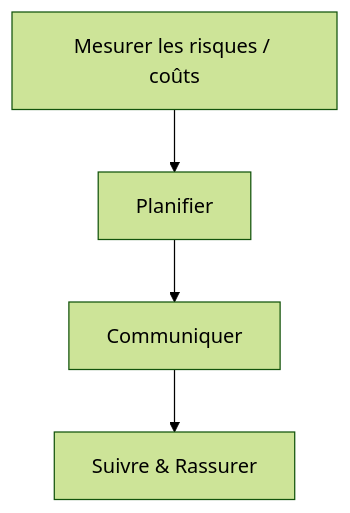
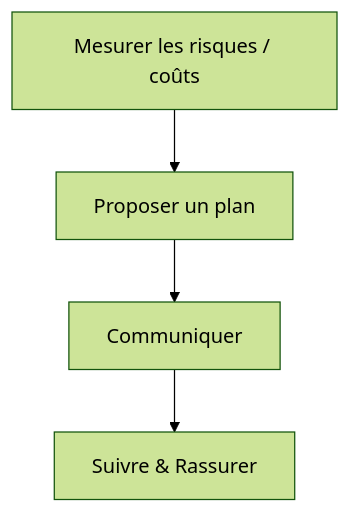
Before and after one commit to ValentinDumas/talks: the first of 5 diagrams in 2025-06-19/slides.md, drawn with Mermaid (forest theme). The commit also changed other lines of this file and 16 other files, not shown here.

````diff
--- a/2025-06-19/slides.md
+++ b/2025-06-19/slides.md
@@ -542,7 +744,7 @@
 ```mermaid {scale: 1.0}
 graph TD
 A[Mesurer les risques / coûts] --> B
-B[Planifier] --> C
+B[Proposer un plan] --> C
 C[Communiquer] --> D
 D[Suivre & Rassurer]
 ```
````
